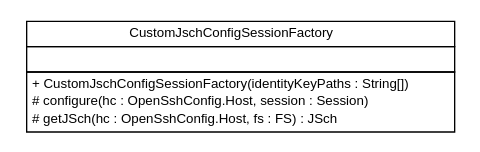
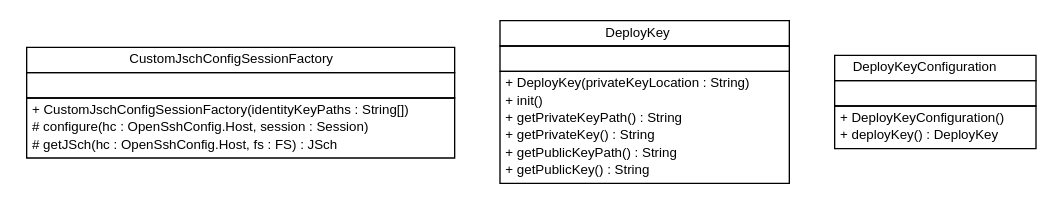
The diagram in snapshot/build-docker/maven-build-java8/spring-cloud-config/spring-cloud-config-server/apidocs/cn/home1/cloud/config/server/ssh/cn.home1.cloud.config.server.ssh.dot (sfeng9d/spring-cloud-config), drawn with Graphviz before and after one commit. The commit also changed 157 other files, not shown here.

Commit message:
Creating site for spring-cloud-config-server-0.0.1-SNAPSHOT

```diff
--- a/snapshot/build-docker/maven-build-java8/spring-cloud-config/spring-cloud-config-server/apidocs/cn/home1/cloud/config/server/ssh/cn.home1.cloud.config.server.ssh.dot
+++ b/snapshot/build-docker/maven-build-java8/spring-cloud-config/spring-cloud-config-server/apidocs/cn/home1/cloud/config/server/ssh/cn.home1.cloud.config.server.ssh.dot
@@ -1,26 +1,56 @@
 #!/usr/local/bin/dot
 #
 # Class diagram 
 # Generated by UMLGraph version R5_6-24-gf6e263 (http://www.umlgraph.org/)
 #
 
 digraph G {
 	edge [fontname="Helvetica",fontsize=10,labelfontname="Helvetica",labelfontsize=10];
 	node [fontname="Helvetica",fontsize=10,shape=plaintext];
 	nodesep=0.25;
 	ranksep=0.5;
 	// cn.home1.cloud.config.server.ssh.CustomJschConfigSessionFactory
-	c79 [label=<<table title="cn.home1.cloud.config.server.ssh.CustomJschConfigSessionFactory" border="0" cellborder="1" cellspacing="0" cellpadding="2" port="p" href="./CustomJschConfigSessionFactory.html">
+	c82 [label=<<table title="cn.home1.cloud.config.server.ssh.CustomJschConfigSessionFactory" border="0" cellborder="1" cellspacing="0" cellpadding="2" port="p" href="./CustomJschConfigSessionFactory.html">
 		<tr><td><table border="0" cellspacing="0" cellpadding="1">
 <tr><td align="center" balign="center"> CustomJschConfigSessionFactory </td></tr>
 		</table></td></tr>
 		<tr><td><table border="0" cellspacing="0" cellpadding="1">
 <tr><td align="left" balign="left">  </td></tr>
 		</table></td></tr>
 		<tr><td><table border="0" cellspacing="0" cellpadding="1">
 <tr><td align="left" balign="left"> + CustomJschConfigSessionFactory(identityKeyPaths : String[]) </td></tr>
 <tr><td align="left" balign="left"> # configure(hc : OpenSshConfig.Host, session : Session) </td></tr>
 <tr><td align="left" balign="left"> # getJSch(hc : OpenSshConfig.Host, fs : FS) : JSch </td></tr>
 		</table></td></tr>
 		</table>>, URL="./CustomJschConfigSessionFactory.html", fontname="Helvetica", fontcolor="black", fontsize=10.0];
+	// cn.home1.cloud.config.server.ssh.DeployKey
+	c83 [label=<<table title="cn.home1.cloud.config.server.ssh.DeployKey" border="0" cellborder="1" cellspacing="0" cellpadding="2" port="p" href="./DeployKey.html">
+		<tr><td><table border="0" cellspacing="0" cellpadding="1">
+<tr><td align="center" balign="center"> DeployKey </td></tr>
+		</table></td></tr>
+		<tr><td><table border="0" cellspacing="0" cellpadding="1">
+<tr><td align="left" balign="left">  </td></tr>
+		</table></td></tr>
+		<tr><td><table border="0" cellspacing="0" cellpadding="1">
+<tr><td align="left" balign="left"> + DeployKey(privateKeyLocation : String) </td></tr>
+<tr><td align="left" balign="left"> + init() </td></tr>
+<tr><td align="left" balign="left"> + getPrivateKeyPath() : String </td></tr>
+<tr><td align="left" balign="left"> + getPrivateKey() : String </td></tr>
+<tr><td align="left" balign="left"> + getPublicKeyPath() : String </td></tr>
+<tr><td align="left" balign="left"> + getPublicKey() : String </td></tr>
+		</table></td></tr>
+		</table>>, URL="./DeployKey.html", fontname="Helvetica", fontcolor="black", fontsize=10.0];
+	// cn.home1.cloud.config.server.ssh.DeployKeyConfiguration
+	c84 [label=<<table title="cn.home1.cloud.config.server.ssh.DeployKeyConfiguration" border="0" cellborder="1" cellspacing="0" cellpadding="2" port="p" href="./DeployKeyConfiguration.html">
+		<tr><td><table border="0" cellspacing="0" cellpadding="1">
+<tr><td align="center" balign="center"> DeployKeyConfiguration </td></tr>
+		</table></td></tr>
+		<tr><td><table border="0" cellspacing="0" cellpadding="1">
+<tr><td align="left" balign="left">  </td></tr>
+		</table></td></tr>
+		<tr><td><table border="0" cellspacing="0" cellpadding="1">
+<tr><td align="left" balign="left"> + DeployKeyConfiguration() </td></tr>
+<tr><td align="left" balign="left"> + deployKey() : DeployKey </td></tr>
+		</table></td></tr>
+		</table>>, URL="./DeployKeyConfiguration.html", fontname="Helvetica", fontcolor="black", fontsize=10.0];
 }
```
